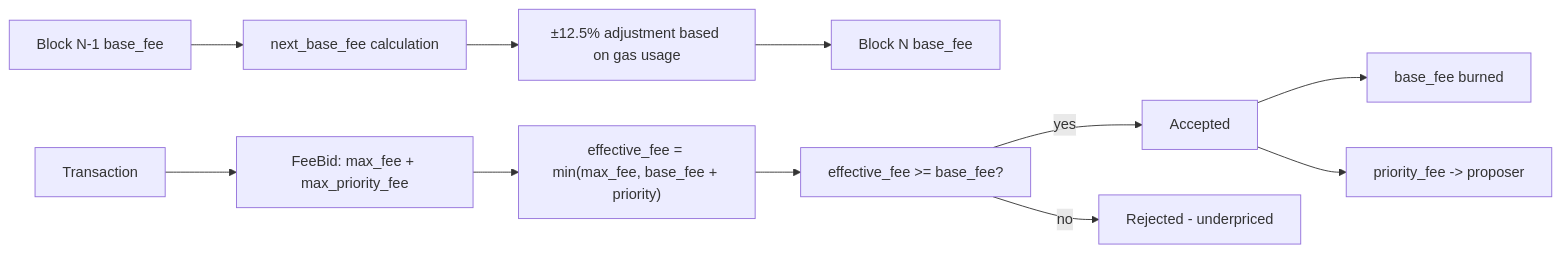
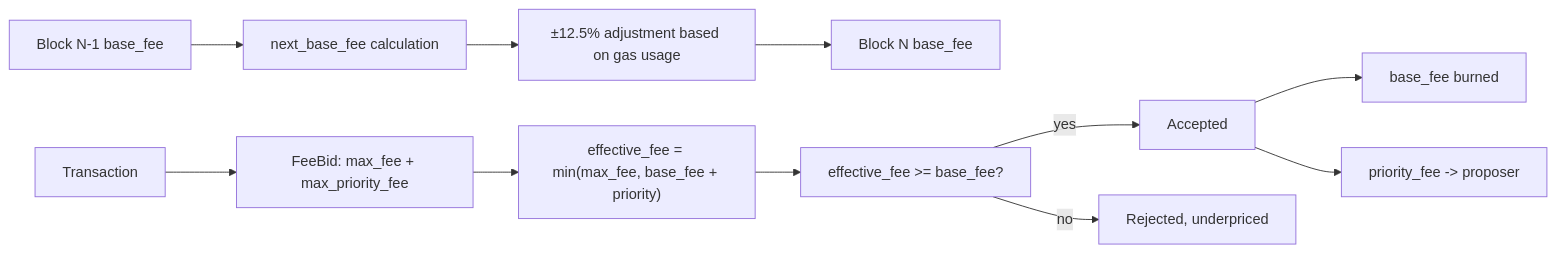
One commit to budlum-xyz/deneme changed diagram 36 of 51 in ARCHITECTURE.md. Above: the diagram before and after it, drawn with Mermaid. The commit also changed other lines of this file and 178 other files, not shown here.

````diff
--- a/ARCHITECTURE.md
+++ b/ARCHITECTURE.md
@@ -1171,13 +1171,13 @@
 ```mermaid
 flowchart LR
   Block[Block N-1 base_fee] --> Calc[next_base_fee calculation]
   Calc --> Adjustment[±12.5% adjustment based on gas usage]
   Adjustment --> BaseFee[Block N base_fee]
   Tx[Transaction] --> Bid["FeeBid: max_fee + max_priority_fee"]
   Bid --> Effective["effective_fee = min(max_fee, base_fee + priority)"]
   Effective --> Check["effective_fee >= base_fee?"]
   Check -->|yes| Accept[Accepted]
-  Check -->|no| Reject[Rejected - underpriced]
+  Check -->|no| Reject["Rejected, underpriced"]
   Accept --> Burn[base_fee burned]
   Accept --> Tip[priority_fee -> proposer]
 ```
````
